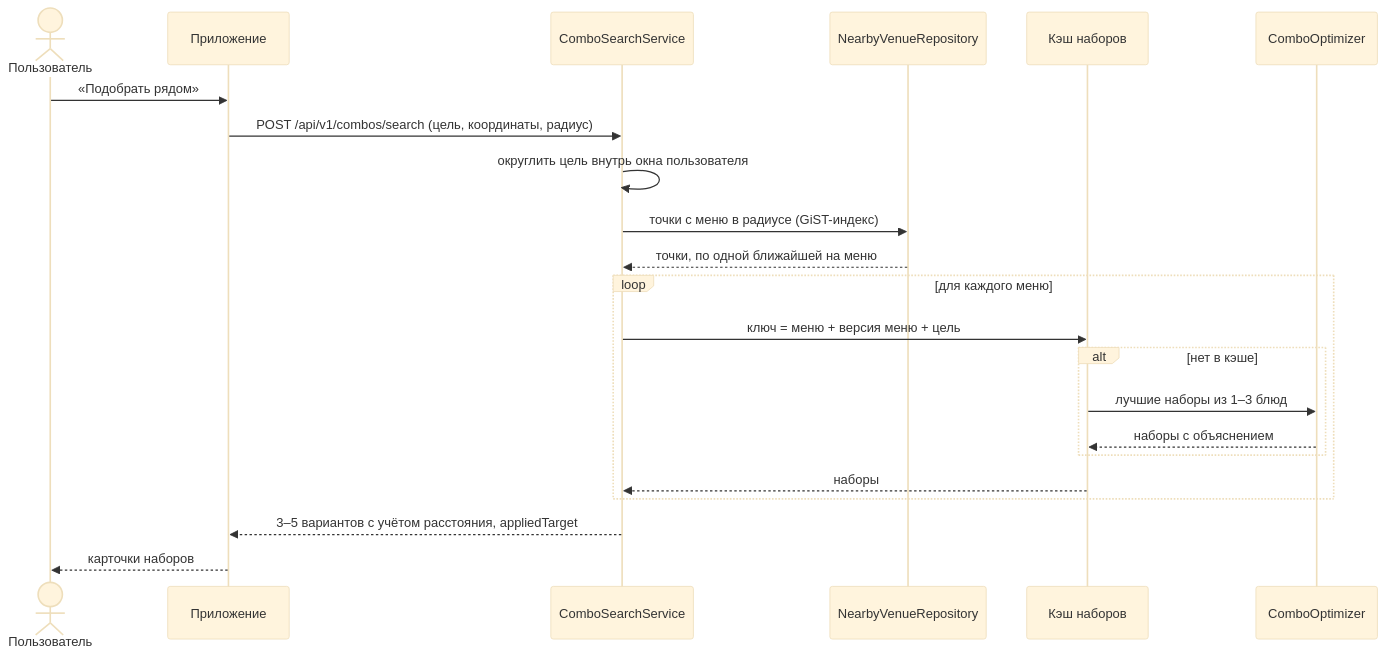
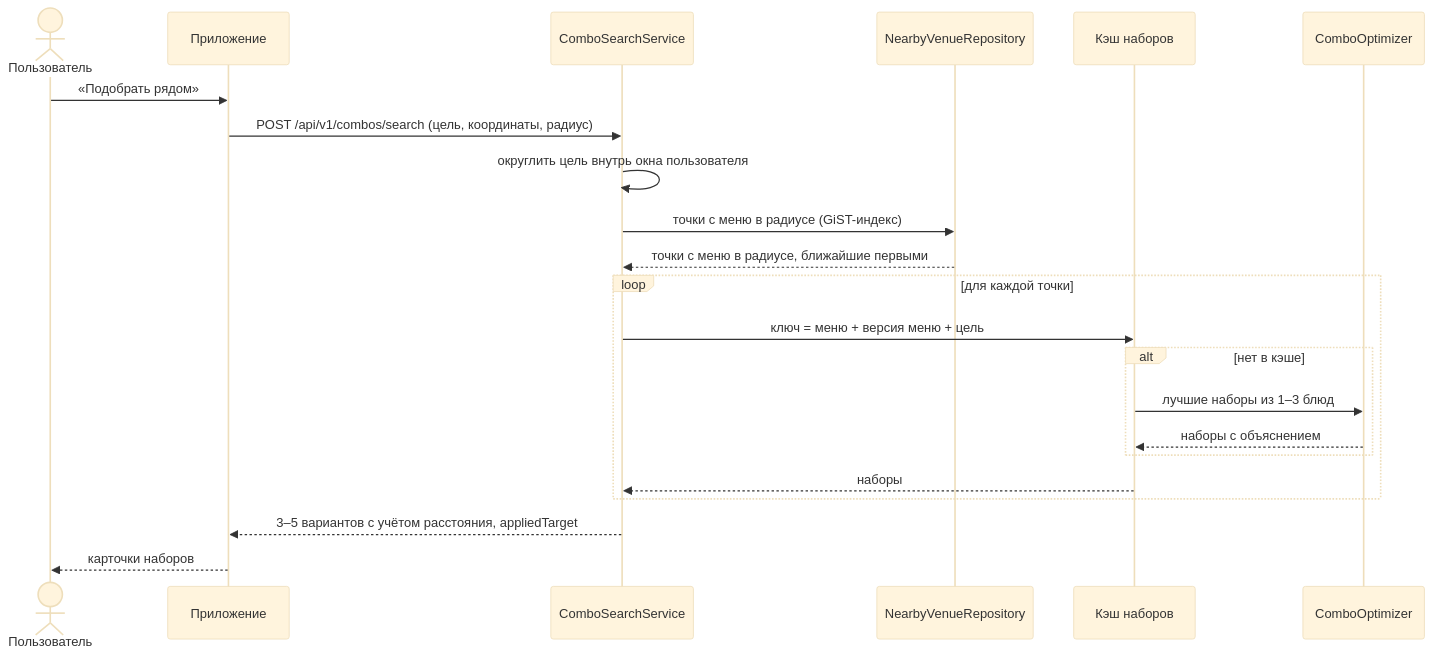
Before and after one commit to ilzen6/norma-ryadom: the second of 4 diagrams in docs/architecture.md, drawn with Mermaid (base theme). The commit also changed 20 other files, not shown here.

````diff
--- a/docs/architecture.md
+++ b/docs/architecture.md
@@ -46,25 +46,25 @@
 ```mermaid
 sequenceDiagram
     actor U as Пользователь
     participant A as Приложение
     participant C as ComboSearchService
     participant G as NearbyVenueRepository
     participant K as Кэш наборов
     participant O as ComboOptimizer
 
     U->>A: «Подобрать рядом»
     A->>C: POST /api/v1/combos/search (цель, координаты, радиус)
     C->>C: округлить цель внутрь окна пользователя
     C->>G: точки с меню в радиусе (GiST-индекс)
-    G-->>C: точки, по одной ближайшей на меню
-    loop для каждого меню
+    G-->>C: точки с меню в радиусе, ближайшие первыми
+    loop для каждой точки
         C->>K: ключ = меню + версия меню + цель
         alt нет в кэше
             K->>O: лучшие наборы из 1–3 блюд
             O-->>K: наборы с объяснением
         end
         K-->>C: наборы
     end
     C-->>A: 3–5 вариантов с учётом расстояния, appliedTarget
     A-->>U: карточки наборов
 ```
````
